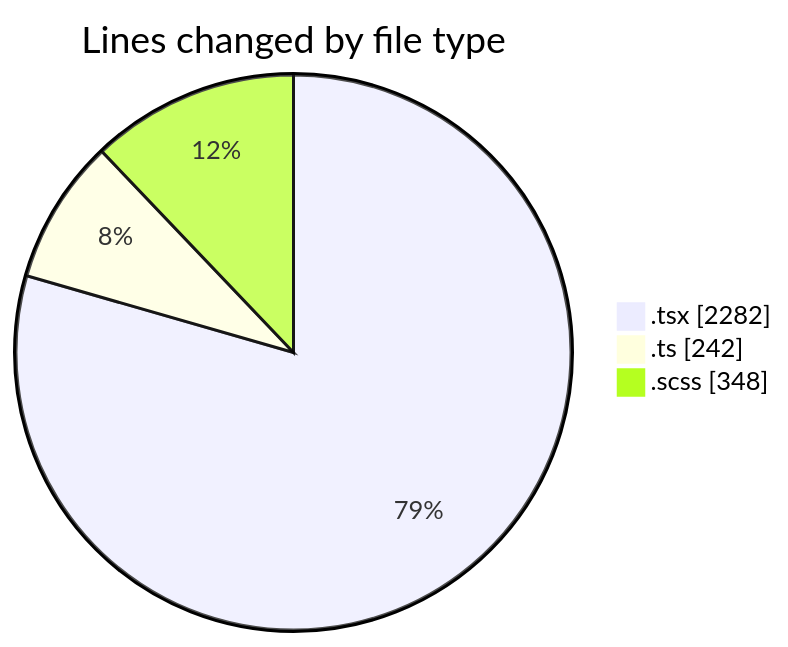
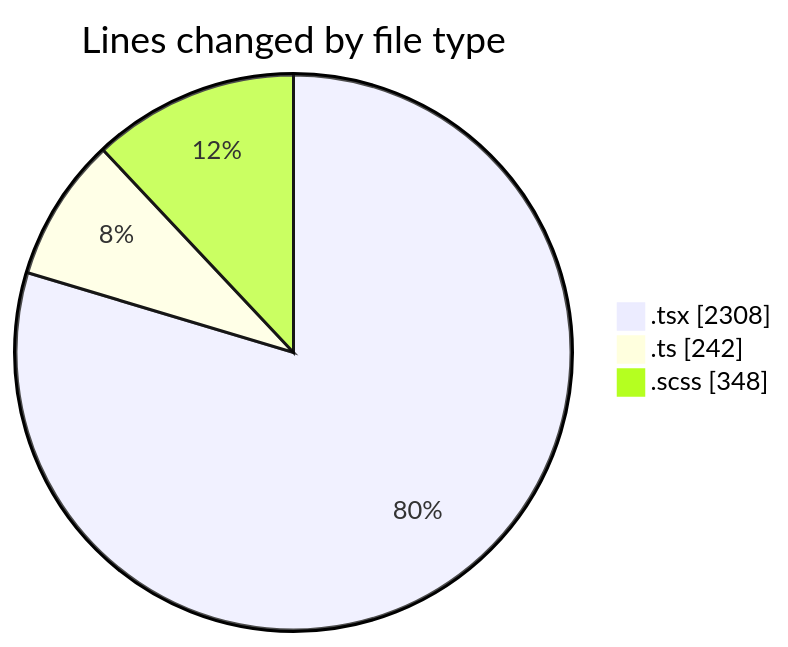
Before and after one commit to momahboobian/code-tracking: the first of 2 diagrams in 2025-09-15/cda/README.md, drawn with Mermaid. The commit also changed other lines of this file and 1 other file, not shown here.

````diff
--- a/2025-09-15/cda/README.md
+++ b/2025-09-15/cda/README.md
@@ -25,7 +25,7 @@
 ```mermaid
 pie showData
 title Lines changed by file type
-".tsx" : 2282
+".tsx" : 2308
 ".ts" : 242
 ".scss" : 348
 ```
````
